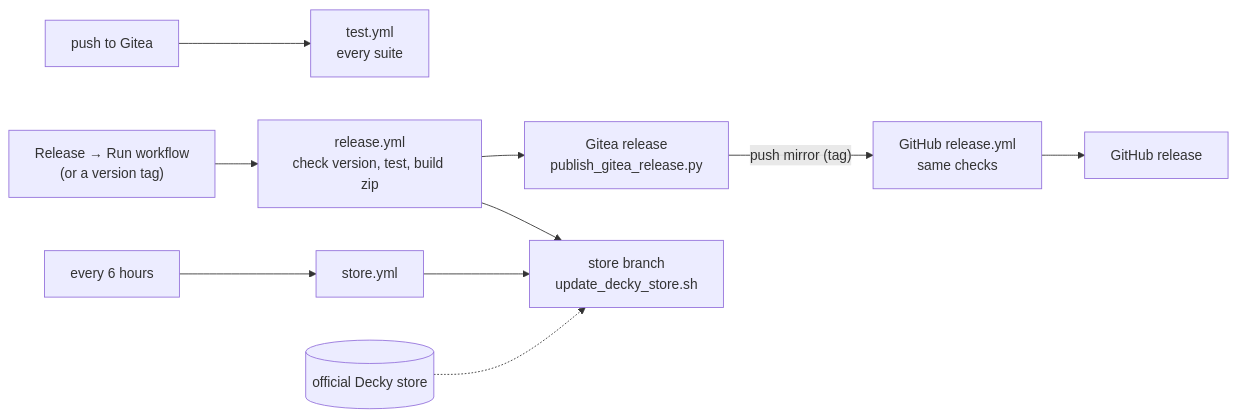
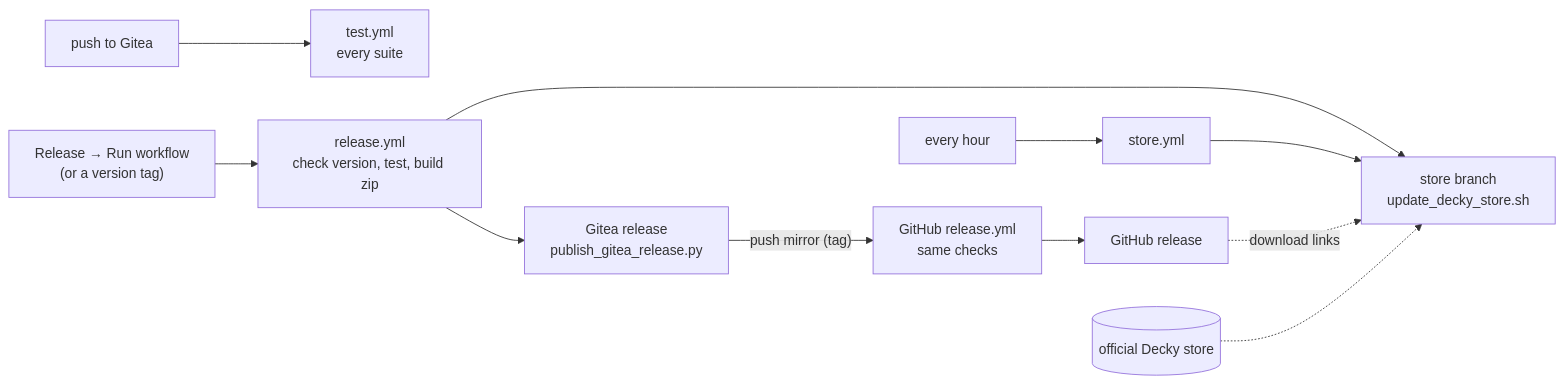
Before and after one commit to soullink9/Decky-RomM_Deck: the third of 3 diagrams in ARCHITECTURE.md, drawn with Mermaid. The commit also changed other lines of this file and 8 other files, not shown here.

````diff
--- a/ARCHITECTURE.md
+++ b/ARCHITECTURE.md
@@ -263,10 +264,11 @@
 ```mermaid
 flowchart LR
     Push["push to Gitea"] --> Test["test.yml<br/>every suite"]
     Run["Release → Run workflow<br/>(or a version tag)"] --> Rel["release.yml<br/>check version, test, build zip"]
     Rel --> GRel["Gitea release<br/>publish_gitea_release.py"]
     Rel --> Store["store branch<br/>update_decky_store.sh"]
-    Timer["every 6 hours"] --> SY["store.yml"] --> Store
+    Timer["every hour"] --> SY["store.yml"] --> Store
+    GHRel -. "download links" .-> Store
     Official[("official Decky store")] -.-> Store
     GRel -- "push mirror (tag)" --> GH["GitHub release.yml<br/>same checks"] --> GHRel["GitHub release"]
 ```
````
